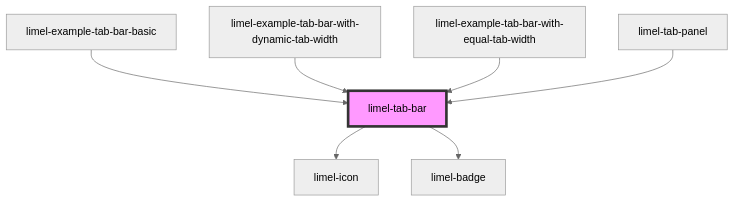
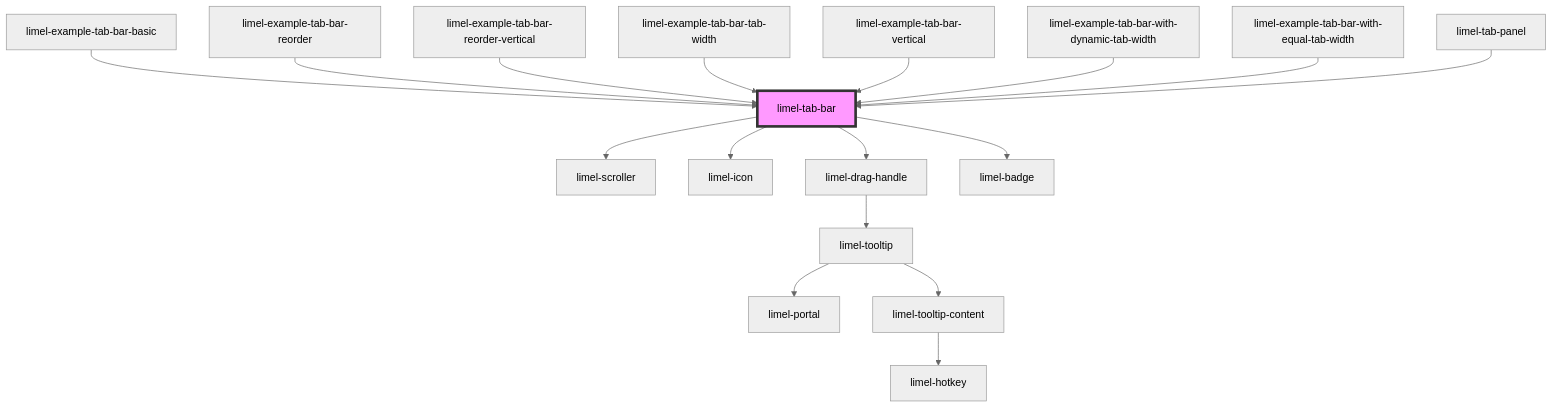
The diagram in versions/PR-4309/markdown-docs/components/tab-bar/readme.md (Lundalogik/lime-elements), drawn with Mermaid (neutral theme) before and after one commit. The commit also changed other lines of this file and 713 other files, not shown here.

````diff
--- a/versions/PR-4309/markdown-docs/components/tab-bar/readme.md
+++ b/versions/PR-4309/markdown-docs/components/tab-bar/readme.md
@@ -51,10 +63,20 @@
 ```mermaid
 graph TD;
+  limel-tab-bar --> limel-scroller
   limel-tab-bar --> limel-icon
+  limel-tab-bar --> limel-drag-handle
   limel-tab-bar --> limel-badge
+  limel-drag-handle --> limel-tooltip
+  limel-tooltip --> limel-portal
+  limel-tooltip --> limel-tooltip-content
+  limel-tooltip-content --> limel-hotkey
   limel-example-tab-bar-basic --> limel-tab-bar
+  limel-example-tab-bar-reorder --> limel-tab-bar
+  limel-example-tab-bar-reorder-vertical --> limel-tab-bar
+  limel-example-tab-bar-tab-width --> limel-tab-bar
+  limel-example-tab-bar-vertical --> limel-tab-bar
   limel-example-tab-bar-with-dynamic-tab-width --> limel-tab-bar
   limel-example-tab-bar-with-equal-tab-width --> limel-tab-bar
   limel-tab-panel --> limel-tab-bar
   style limel-tab-bar fill:#f9f,stroke:#333,stroke-width:4px
 ```
````
